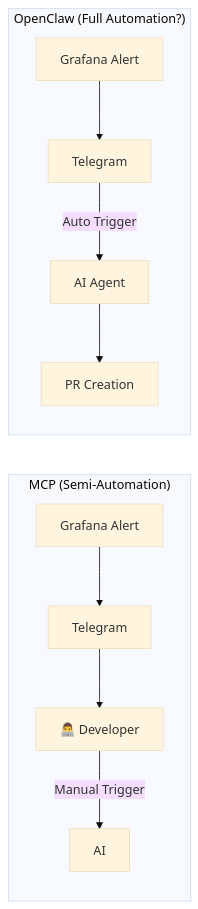
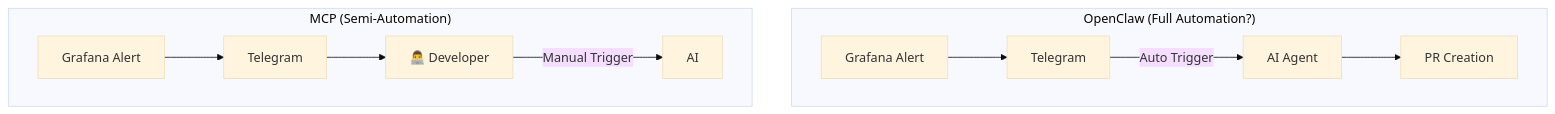
Before and after one commit to 12OneTwo12/12OneTwo12.github.io: the third of 6 diagrams in content/blog/trends/openclaw-error-autopilot.en.md, drawn with Mermaid (base theme). The commit also changed other lines of this file and 1 other file, not shown here.

Commit message:
docs: openclaw 에러 처리 자동화 글 mermaid 수정

````diff
--- a/content/blog/trends/openclaw-error-autopilot.en.md
+++ b/content/blog/trends/openclaw-error-autopilot.en.md
@@ -161,14 +161,14 @@
 ```mermaid
-flowchart LR
+flowchart TB
+    subgraph After["OpenClaw (Full Automation?)"]
+        Alert2["Grafana Alert"] --> TG2["Telegram"]
+        TG2 -->|"Auto Trigger"| AI2["AI Agent"]
+        AI2 --> PR["PR Creation"]
+    end
+
     subgraph Before["MCP (Semi-Automation)"]
         Alert1["Grafana Alert"] --> TG1["Telegram"]
         TG1 --> Human1["👨‍💻 Developer"]
         Human1 -->|"Manual Trigger"| AI1["AI"]
     end
-
-    subgraph After["OpenClaw (Full Automation?)"]
-        Alert2["Grafana Alert"] --> TG2["Telegram"]
-        TG2 -->|"Auto Trigger"| AI2["AI Agent"]
-        AI2 --> PR["PR Creation"]
-    end
 ```
````
